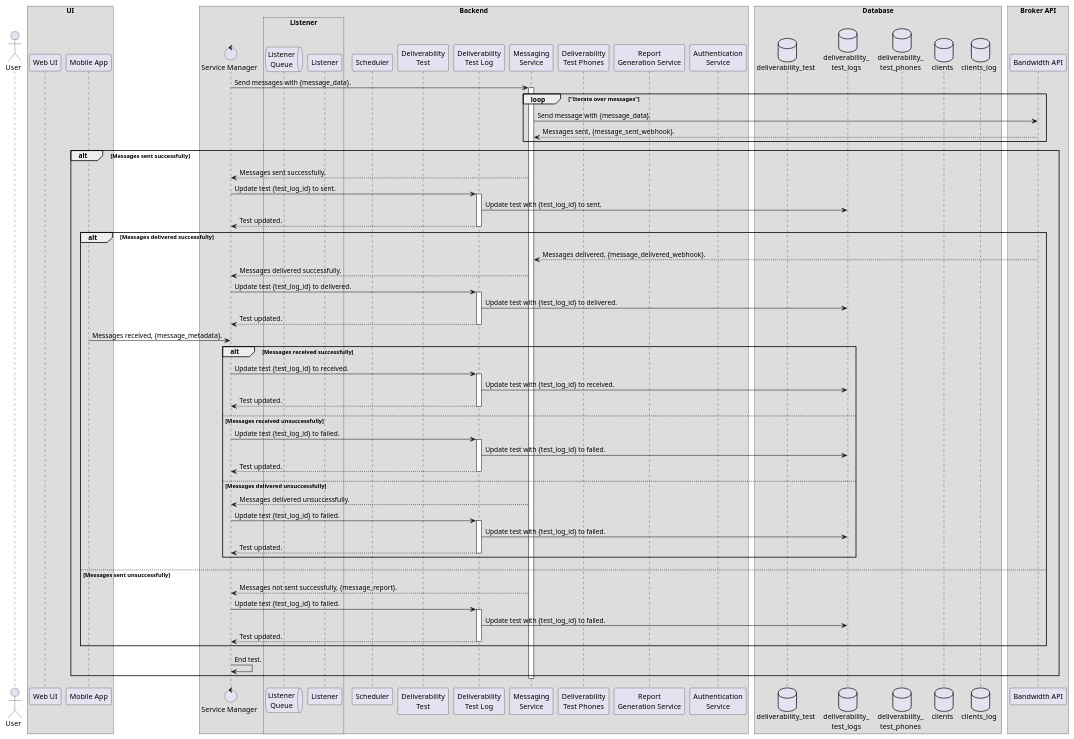
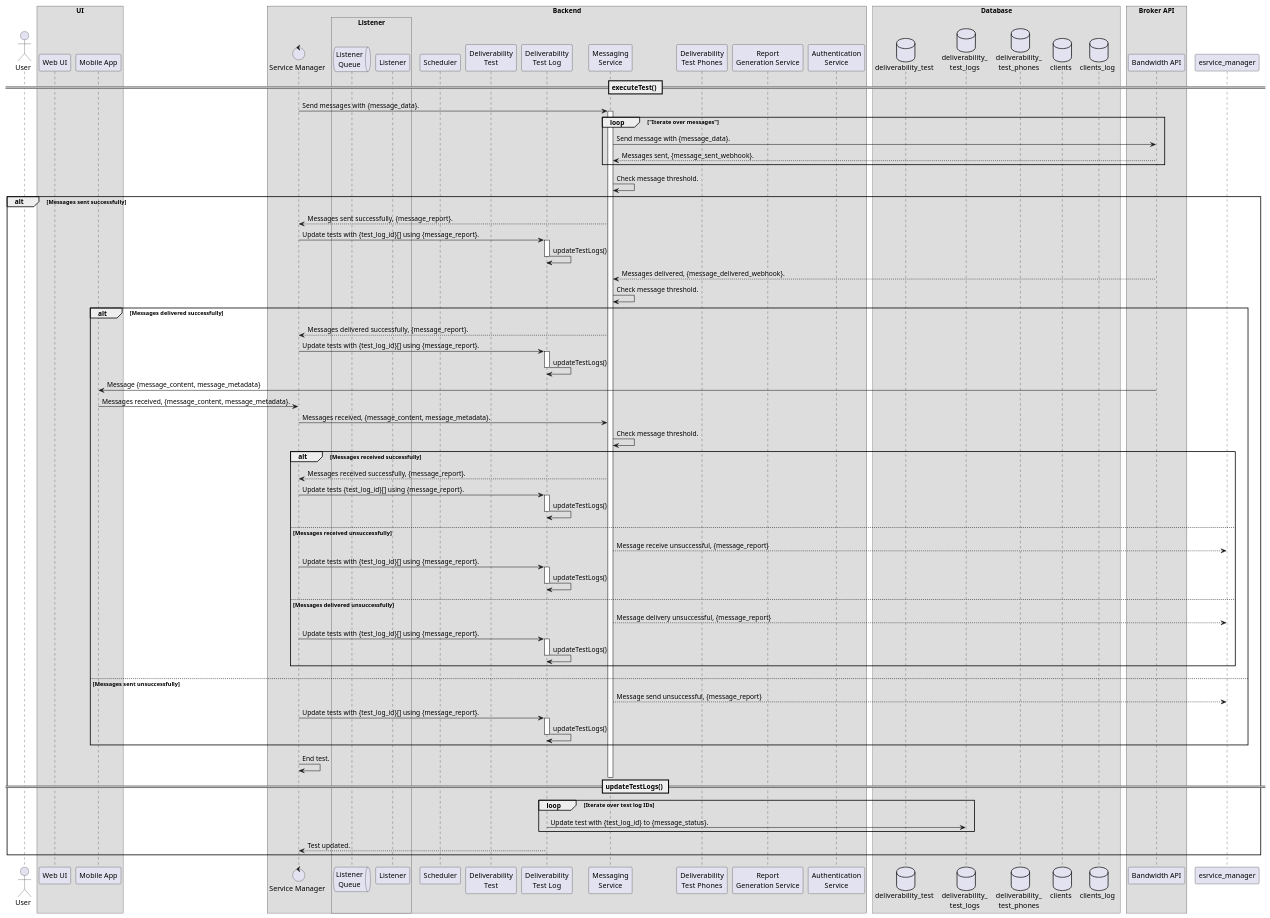
Before and after one commit to Xyz0074/testing-diagrams: the diagram in src/sequence-diagrams/test-execution-sequence-diagram.puml, drawn with PlantUML.

Commit message:
Updated test execution to reflect expected behaviour.

```diff
--- a/src/sequence-diagrams/test-execution-sequence-diagram.puml
+++ b/src/sequence-diagrams/test-execution-sequence-diagram.puml
@@ -1,97 +1,104 @@
 @startuml
 !pragma teoz true
 
 /'Defines the protocol when a test is executed. For later references, this diagram represents the algorithm for the'/
 /'subroutine labelled as executeTest() in the service manager.'/
 /'author: Luvai Cutlerywala <luvaidc@gmail.com>'/
 
 /'Define the actors and participants.'/
 actor User as user
 
 box UI
     participant "Web UI" as web_ui
     participant "Mobile App" as mobile_app
 end box
 
 box Backend
     control "Service Manager" as service_manager
 
     box Listener
         queue "Listener\nQueue" as listener_queue
         participant "Listener" as listener
     end box
 
     participant "Scheduler" as scheduler
     participant "Deliverability\nTest" as deliverability_test
     participant "Deliverability\nTest Log" as deliverability_test_log
     participant "Messaging\nService" as messenger
     participant "Deliverability\nTest Phones" as deliverability_test_phones
     participant "Report\nGeneration Service" as report_generator
     participant "Authentication\nService" as auth
 end box
 
 box Database
     database "deliverability_test" as dt
     database "deliverability_\ntest_logs" as dtl
     database "deliverability_\ntest_phones" as dtp
     database clients as clients
     database clients_log as cl
 end box
 
 box "Broker API"
     participant "Bandwidth API" as broker_api
 end box
 
+== executeTest() ==
 service_manager -> messenger: Send messages with {message_data}.
 activate messenger
 loop "Iterate over messages"
     messenger -> broker_api: Send message with {message_data}.
     broker_api --> messenger: Messages sent, {message_sent_webhook}.
 end
+messenger -> messenger: Check message threshold.
 alt Messages sent successfully
-    messenger --> service_manager: Messages sent successfully.
-    service_manager -> deliverability_test_log: Update test {test_log_id} to sent.
+    messenger --> service_manager: Messages sent successfully, {message_report}.
+    service_manager -> deliverability_test_log: Update tests with {test_log_id}[] using {message_report}.
     activate deliverability_test_log
-    deliverability_test_log -> dtl: Update test with {test_log_id} to sent.
-    deliverability_test_log --> service_manager: Test updated.
+    deliverability_test_log -> deliverability_test_log: updateTestLogs()
     deactivate deliverability_test_log
+    broker_api --> messenger: Messages delivered, {message_delivered_webhook}.
+    messenger -> messenger: Check message threshold.
     alt Messages delivered successfully
-        broker_api --> messenger: Messages delivered, {message_delivered_webhook}.
-        messenger --> service_manager: Messages delivered successfully.
-        service_manager -> deliverability_test_log: Update test {test_log_id} to delivered.
+        messenger --> service_manager: Messages delivered successfully, {message_report}.
+        service_manager -> deliverability_test_log: Update tests with {test_log_id}[] using {message_report}.
         activate deliverability_test_log
-        deliverability_test_log -> dtl: Update test with {test_log_id} to delivered.
-        deliverability_test_log --> service_manager: Test updated.
+        deliverability_test_log -> deliverability_test_log: updateTestLogs()
         deactivate deliverability_test_log
-        mobile_app -> service_manager: Messages received, {message_metadata}.
+        broker_api -> mobile_app: Message {message_content, message_metadata}
+        mobile_app -> service_manager: Messages received, {message_content, message_metadata}.
+        service_manager -> messenger: Messages received, {message_content, message_metadata}.
+        messenger -> messenger: Check message threshold.
         alt Messages received successfully
-            service_manager -> deliverability_test_log: Update test {test_log_id} to received.
+            messenger --> service_manager: Messages received successfully, {message_report}.
+            service_manager -> deliverability_test_log: Update tests {test_log_id}[] using {message_report}.
             activate deliverability_test_log
-            deliverability_test_log -> dtl: Update test with {test_log_id} to received.
-            deliverability_test_log --> service_manager: Test updated.
+            deliverability_test_log -> deliverability_test_log: updateTestLogs()
             deactivate deliverability_test_log
         else Messages received unsuccessfully
-            service_manager -> deliverability_test_log: Update test {test_log_id} to failed.
+            messenger --> esrvice_manager: Message receive unsuccessful, {message_report}
+            service_manager -> deliverability_test_log: Update tests with {test_log_id}[] using {message_report}.
             activate deliverability_test_log
-            deliverability_test_log -> dtl: Update test with {test_log_id} to failed.
-            deliverability_test_log --> service_manager: Test updated.
+            deliverability_test_log -> deliverability_test_log: updateTestLogs()
             deactivate deliverability_test_log
     else Messages delivered unsuccessfully
-        messenger --> service_manager: Messages delivered unsuccessfully.
-        service_manager -> deliverability_test_log: Update test {test_log_id} to failed.
+        messenger --> esrvice_manager: Message delivery unsuccessful, {message_report}
+        service_manager -> deliverability_test_log: Update tests with {test_log_id}[] using {message_report}.
         activate deliverability_test_log
-        deliverability_test_log -> dtl: Update test with {test_log_id} to failed.
-        deliverability_test_log --> service_manager: Test updated.
+        deliverability_test_log -> deliverability_test_log: updateTestLogs()
         deactivate deliverability_test_log
     end
 else Messages sent unsuccessfully
-    messenger --> service_manager: Messages not sent successfully, {message_report}.
-    service_manager -> deliverability_test_log: Update test {test_log_id} to failed.
+    messenger --> esrvice_manager: Message send unsuccessful, {message_report}
+    service_manager -> deliverability_test_log: Update tests with {test_log_id}[] using {message_report}.
     activate deliverability_test_log
-    deliverability_test_log -> dtl: Update test with {test_log_id} to failed.
-    deliverability_test_log --> service_manager: Test updated.
+    deliverability_test_log -> deliverability_test_log: updateTestLogs()
     deactivate deliverability_test_log
 end
 service_manager -> service_manager: End test.
 deactivate messenger
+== updateTestLogs() ==
+loop Iterate over test log IDs
+    deliverability_test_log -> dtl: Update test with {test_log_id} to {message_status}.
+end loop
+deliverability_test_log --> service_manager: Test updated.
 @enduml
```
